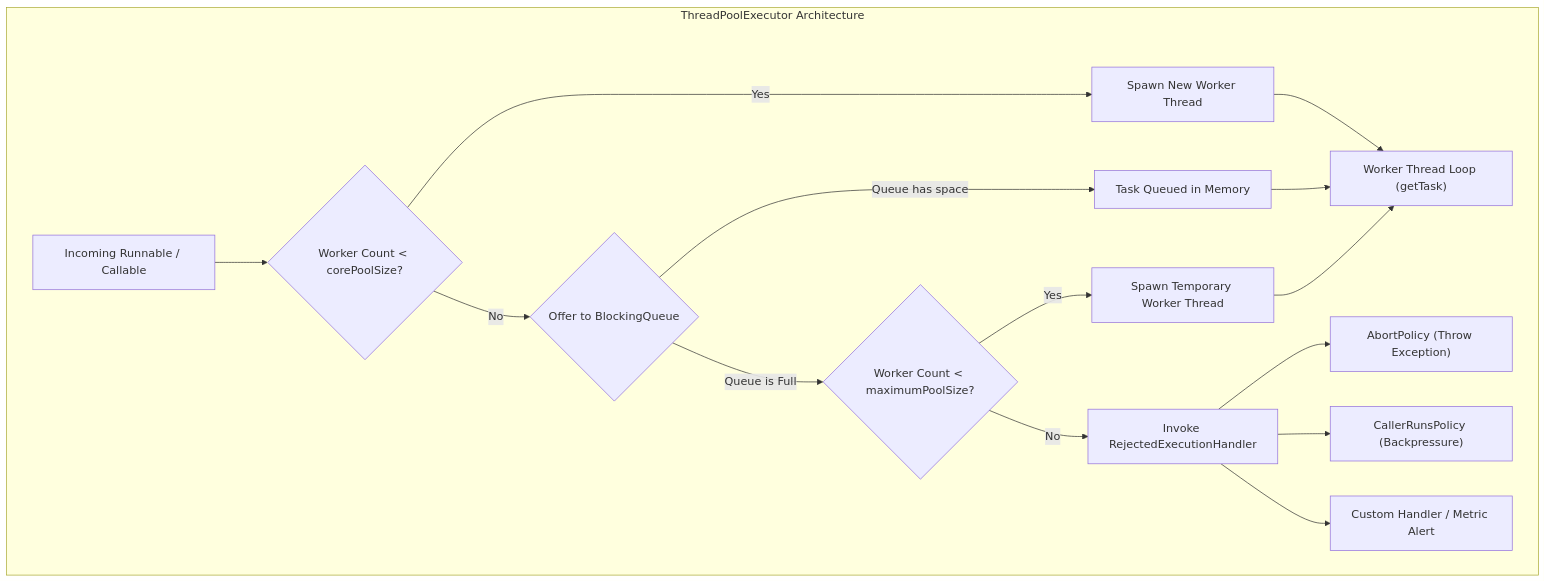
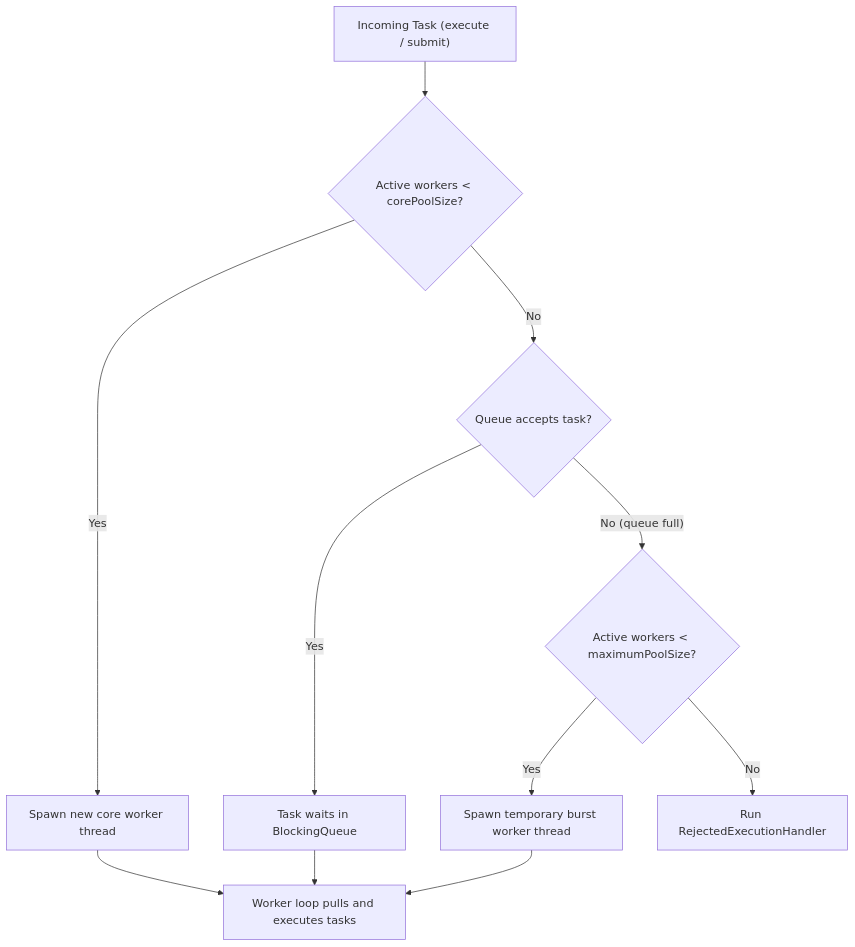
One commit to ravishankar2463/java_hub changed the diagram in content/roadmap/level-5/executors-and-thread-pools.md. Above: the diagram before and after it, drawn with Mermaid. The commit also changed other lines of this file and 119 other files, not shown here.

Commit message:
feat: add comprehensive java learning roadmap content across multiple levels

````diff
--- a/content/roadmap/level-5/executors-and-thread-pools.md
+++ b/content/roadmap/level-5/executors-and-thread-pools.md
@@ -24,23 +24,13 @@
 ```mermaid
 flowchart TD
-    subgraph "ThreadPoolExecutor Architecture"
-        Task["Incoming Runnable / Callable"] --> Gate{"Worker Count < corePoolSize?"}
-        
-        Gate -->|"Yes"| SpawnCore["Spawn New Worker Thread"]
-        Gate -->|"No"| TryQueue{"Offer to BlockingQueue"}
-        
-        TryQueue -->|"Queue has space"| Enqueued["Task Queued in Memory"]
-        TryQueue -->|"Queue is Full"| CheckMax{"Worker Count < maximumPoolSize?"}
-        
-        CheckMax -->|"Yes"| SpawnExtra["Spawn Temporary Worker Thread"]
-        CheckMax -->|"No"| Reject["Invoke RejectedExecutionHandler"]
-        
-        Enqueued --> Workers["Worker Thread Loop (getTask)"]
-        SpawnCore --> Workers
-        SpawnExtra --> Workers
-        
-        Reject --> Pol1["AbortPolicy (Throw Exception)"]
-        Reject --> Pol2["CallerRunsPolicy (Backpressure)"]
-        Reject --> Pol3["Custom Handler / Metric Alert"]
-    end
+    Task["Incoming Task (execute / submit)"] --> CoreCheck{"Active workers < corePoolSize?"}
+    CoreCheck -->|"Yes"| SpawnCore["Spawn new core worker thread"]
+    CoreCheck -->|"No"| OfferQueue{"Queue accepts task?"}
+    OfferQueue -->|"Yes"| Queued["Task waits in BlockingQueue"]
+    OfferQueue -->|"No (queue full)"| MaxCheck{"Active workers < maximumPoolSize?"}
+    MaxCheck -->|"Yes"| SpawnBurst["Spawn temporary burst worker thread"]
+    MaxCheck -->|"No"| Reject["Run RejectedExecutionHandler"]
+    SpawnCore --> RunLoop["Worker loop pulls and executes tasks"]
+    Queued --> RunLoop
+    SpawnBurst --> RunLoop
 ```
````
